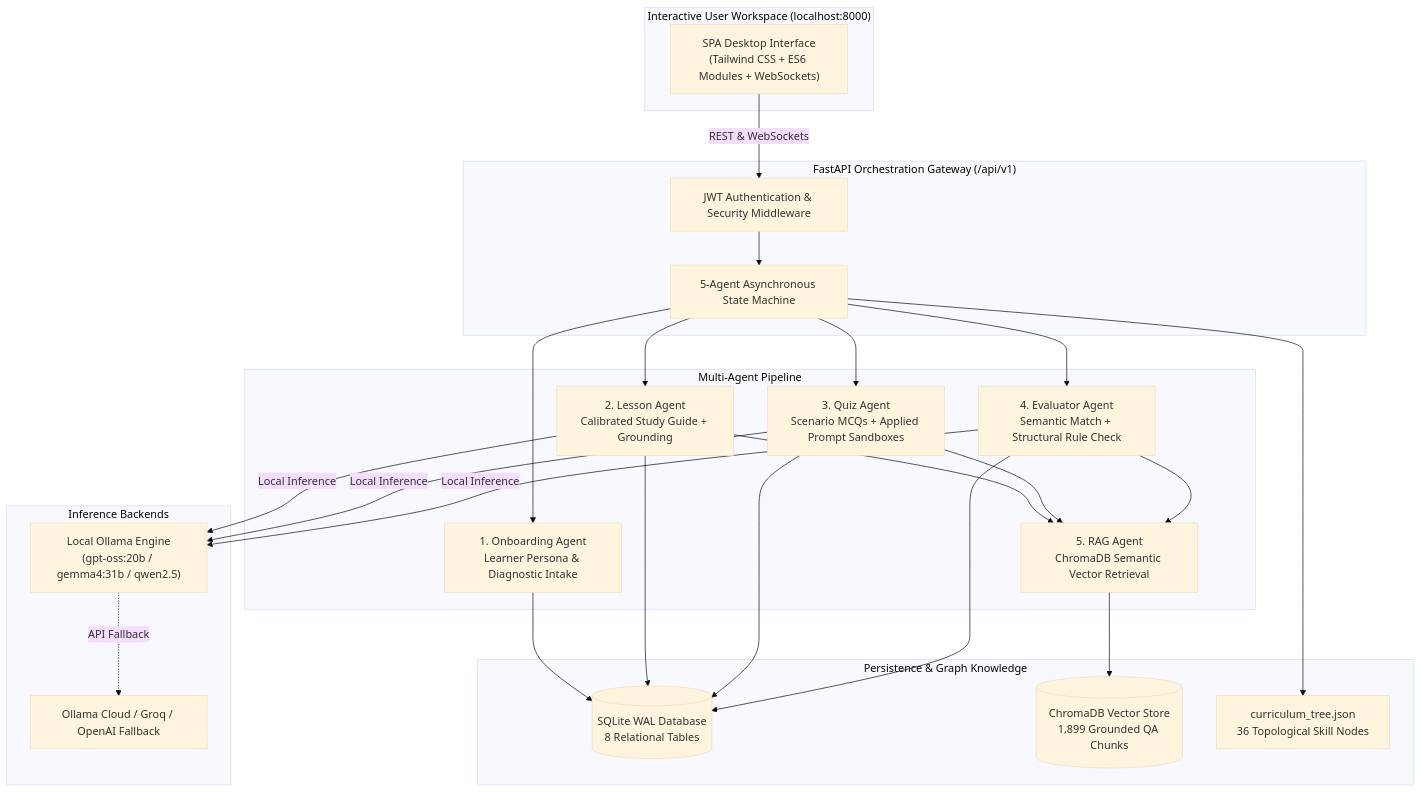
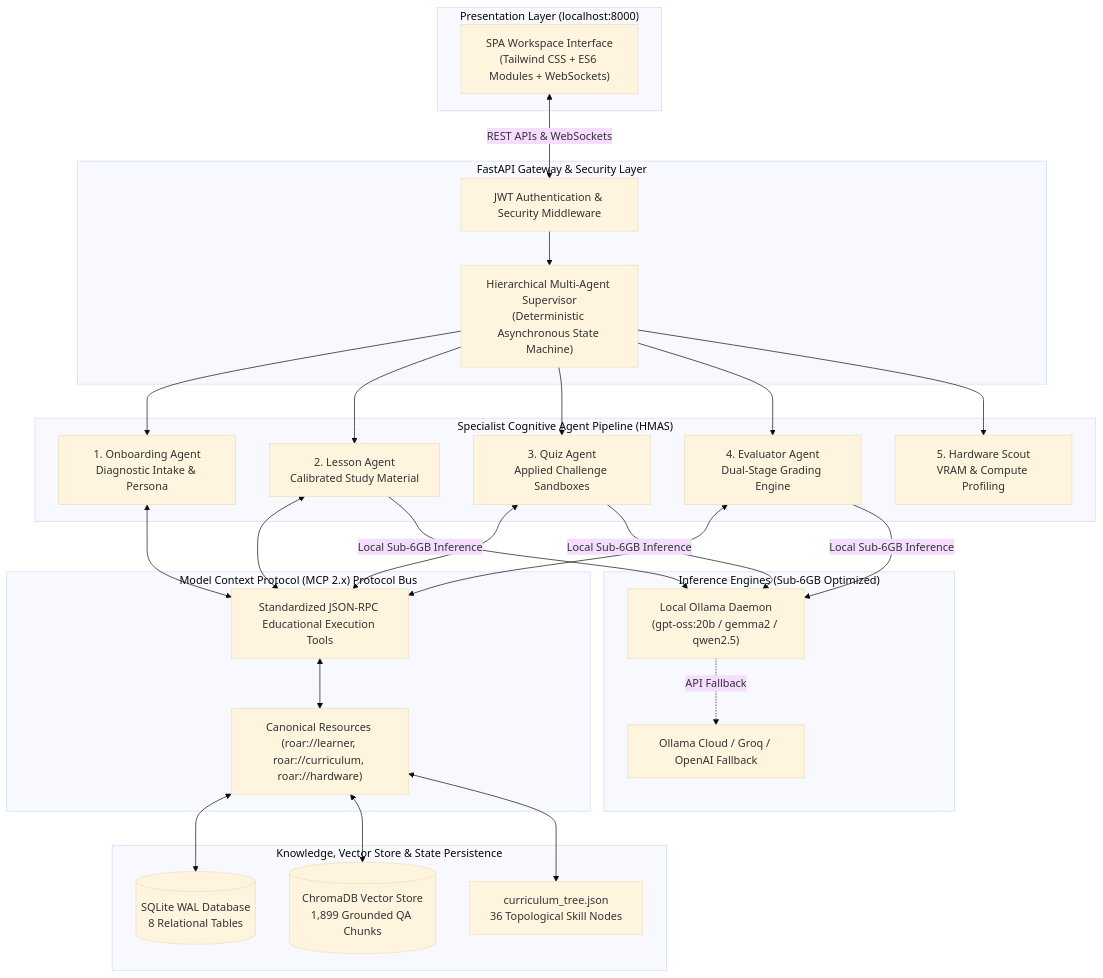
One commit to shahariarovi789-ux/project-roar-ai changed the diagram in README.md. Above: the diagram before and after it, drawn with Mermaid (base theme). The commit also changed other lines of this file and 20 other files, not shown here.

````diff
--- a/README.md
+++ b/README.md
@@ -61,40 +84,44 @@
 ```mermaid
 graph TD
-    subgraph Client["Interactive User Workspace (localhost:8000)"]
-        UI["SPA Desktop Interface\n(Tailwind CSS + ES6 Modules + WebSockets)"]
+    subgraph Client["Presentation Layer (localhost:8000)"]
+        UI["SPA Workspace Interface\n(Tailwind CSS + ES6 Modules + WebSockets)"]
     end
 
-    subgraph Gateway["FastAPI Orchestration Gateway (/api/v1)"]
+    subgraph Gateway["FastAPI Gateway & Security Layer"]
         AUTH["JWT Authentication & Security Middleware"]
-        ORCH["5-Agent Asynchronous State Machine"]
+        ORCH["Hierarchical Multi-Agent Supervisor\n(Deterministic Asynchronous State Machine)"]
     end
 
-    subgraph Agents["Multi-Agent Pipeline"]
-        OA["1. Onboarding Agent\nLearner Persona & Diagnostic Intake"]
-        LA["2. Lesson Agent\nCalibrated Study Guide + Grounding"]
-        QA["3. Quiz Agent\nScenario MCQs + Applied Prompt Sandboxes"]
-        EA["4. Evaluator Agent\nSemantic Match + Structural Rule Check"]
-        RA["5. RAG Agent\nChromaDB Semantic Vector Retrieval"]
+    subgraph Agents["Specialist Cognitive Agent Pipeline (HMAS)"]
+        OA["1. Onboarding Agent\nDiagnostic Intake & Persona"]
+        LA["2. Lesson Agent\nCalibrated Study Material"]
+        QA["3. Quiz Agent\nApplied Challenge Sandboxes"]
+        EA["4. Evaluator Agent\nDual-Stage Grading Engine"]
+        HS["5. Hardware Scout\nVRAM & Compute Profiling"]
     end
 
-    subgraph Inference["Inference Backends"]
-        OLL["Local Ollama Engine\n(gpt-oss:20b / gemma4:31b / qwen2.5)"]
-        CLOUD["Ollama Cloud / Groq / OpenAI Fallback"]
+    subgraph MCP["Model Context Protocol (MCP 2.x) Protocol Bus"]
+        RES["Canonical Resources (roar://learner, roar://curriculum, roar://hardware)"]
+        TOOLS["Standardized JSON-RPC Educational Execution Tools"]
     end
 
-    subgraph Storage["Persistence & Graph Knowledge"]
+    subgraph Storage["Knowledge, Vector Store & State Persistence"]
         DB[(SQLite WAL Database\n8 Relational Tables)]
         VDB[(ChromaDB Vector Store\n1,899 Grounded QA Chunks)]
         DAG["curriculum_tree.json\n36 Topological Skill Nodes"]
     end
 
-    UI -->|REST & WebSockets| AUTH
+    subgraph Inference["Inference Engines (Sub-6GB Optimized)"]
+        OLL["Local Ollama Daemon\n(gpt-oss:20b / gemma2 / qwen2.5)"]
+        CLOUD["Ollama Cloud / Groq / OpenAI Fallback"]
+    end
+
+    UI <-->|REST APIs & WebSockets| AUTH
     AUTH --> ORCH
-    ORCH --> OA & LA & QA & EA
-    LA & QA & EA --> RA
-    RA --> VDB
-    OA & LA & QA & EA --> DB
-    LA & QA & EA -->|Local Inference| OLL
+    ORCH --> OA & LA & QA & EA & HS
+    OA & LA & QA & EA <--> TOOLS
+    TOOLS <--> RES
+    RES <--> DB & VDB & DAG
+    LA & QA & EA -->|Local Sub-6GB Inference| OLL
     OLL -.->|API Fallback| CLOUD
-    ORCH --> DAG
 ```
````
